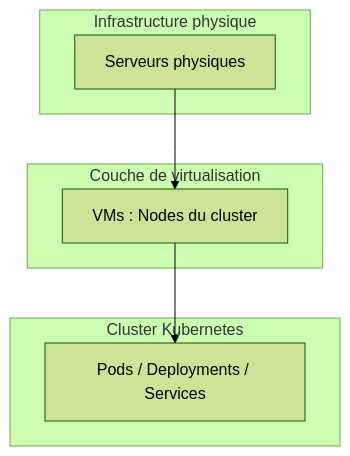
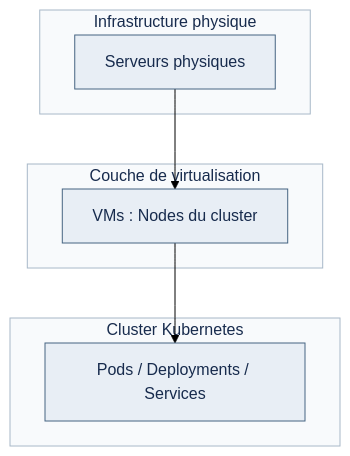
The fifth of 6 diagrams in CM1.md (sountrust/MICSI_A4), drawn with Mermaid (forest theme) before and after one commit.

Commit message:
Reprise schéma architecture infra virtu et K8S cm1

````diff
--- a/CM1.md
+++ b/CM1.md
@@ -723,13 +723,23 @@
 ```mermaid
 flowchart TB
-  subgraph Infra[Infrastructure physique]
-    A1[Serveurs physiques]
+  subgraph Infra["Infrastructure physique"]
+    A1["Serveurs physiques"]
   end
-  subgraph Virt[Couche de virtualisation]
-    V1[VMs : Nodes du cluster]
+
+  subgraph Virt["Couche de virtualisation"]
+    V1["VMs : Nodes du cluster"]
   end
-  subgraph K8s[Cluster Kubernetes]
-    N1[Pods / Deployments / Services]
+
+  subgraph K8s["Cluster Kubernetes"]
+    N1["Pods / Deployments / Services"]
   end
+
   A1 --> V1 --> N1
+
+  classDef couche fill:#e8eef5,stroke:#466482,color:#172b4d;
+  class A1,V1,N1 couche;
+
+  style Infra fill:#f8fafc,stroke:#a8b8c8,color:#172b4d
+  style Virt fill:#f8fafc,stroke:#a8b8c8,color:#172b4d
+  style K8s fill:#f8fafc,stroke:#a8b8c8,color:#172b4d
 ```
````
